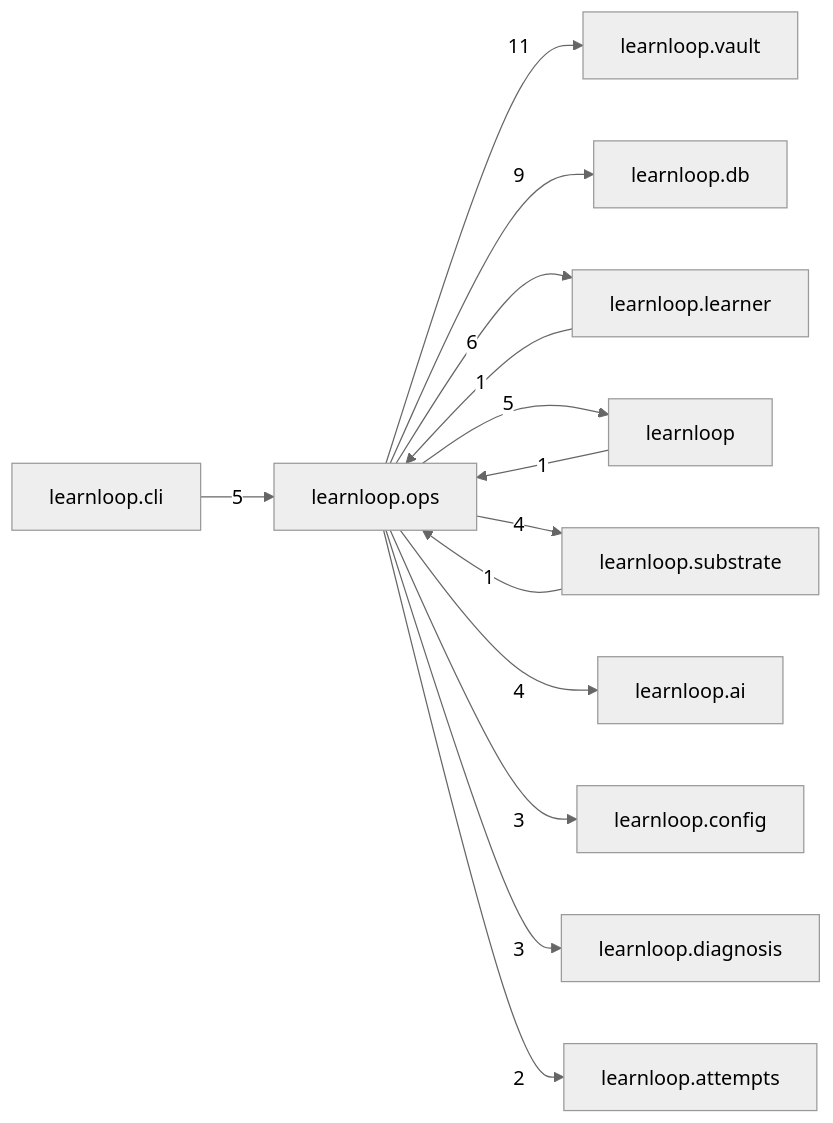
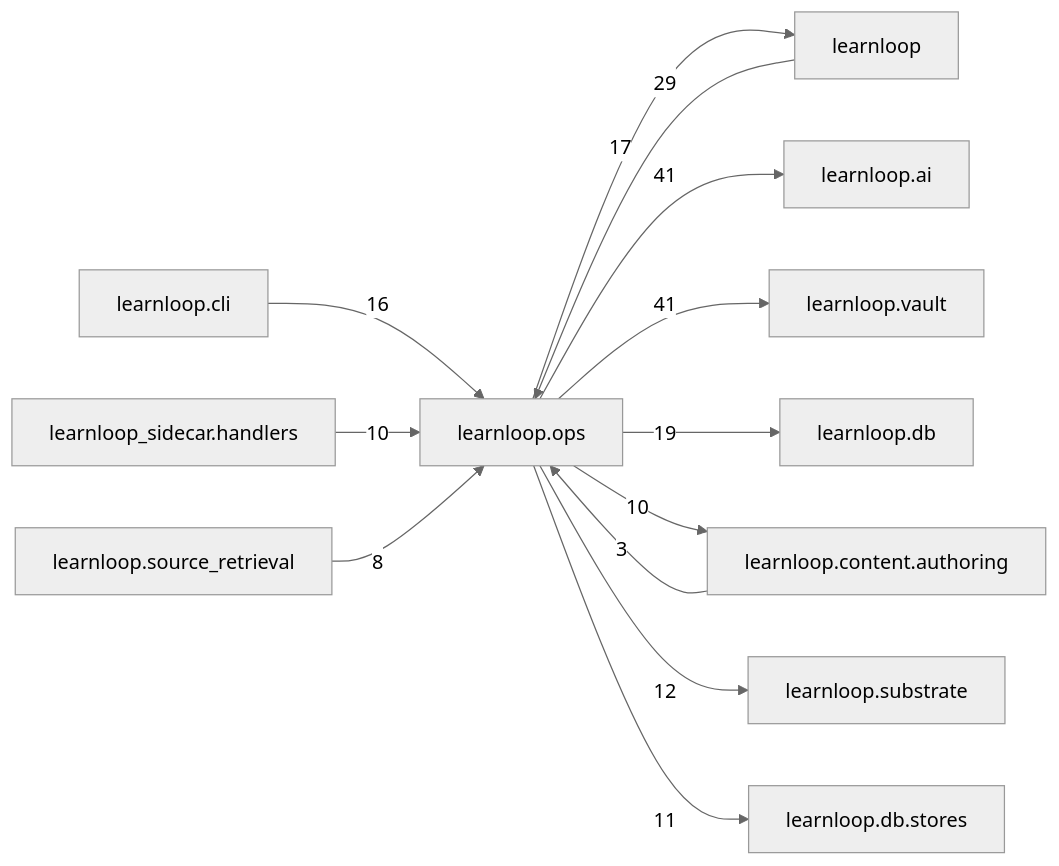
Before and after one commit to 6up-b/learnanything: the diagram in docs/learnloop-architecture-vault/Reference/Modules/learnloop/ops/_package.md, drawn with Mermaid (neutral theme). The commit also changed other lines of this file and 1202 other files, not shown here.

````diff
--- a/docs/learnloop-architecture-vault/Reference/Modules/learnloop/ops/_package.md
+++ b/docs/learnloop-architecture-vault/Reference/Modules/learnloop/ops/_package.md
@@ -103,27 +143,26 @@
 ```mermaid
 flowchart LR
     center["learnloop.ops"]
+    n_learnloop["learnloop"]
+    n_learnloop_ai["learnloop.ai"]
     n_learnloop_vault["learnloop.vault"]
     n_learnloop_db["learnloop.db"]
-    n_learnloop_learner["learnloop.learner"]
-    n_learnloop["learnloop"]
     n_learnloop_cli["learnloop.cli"]
+    n_learnloop_content_authoring["learnloop.content.authoring"]
     n_learnloop_substrate["learnloop.substrate"]
-    n_learnloop_ai["learnloop.ai"]
-    n_learnloop_config["learnloop.config"]
-    n_learnloop_diagnosis["learnloop.diagnosis"]
-    n_learnloop_attempts["learnloop.attempts"]
-    center -->|11| n_learnloop_vault
-    center -->|9| n_learnloop_db
-    n_learnloop_learner -->|1| center
-    center -->|6| n_learnloop_learner
-    n_learnloop -->|1| center
-    center -->|5| n_learnloop
-    n_learnloop_cli -->|5| center
-    n_learnloop_substrate -->|1| center
-    center -->|4| n_learnloop_substrate
-    center -->|4| n_learnloop_ai
-    center -->|3| n_learnloop_config
-    center -->|3| n_learnloop_diagnosis
-    center -->|2| n_learnloop_attempts
+    n_learnloop_db_stores["learnloop.db.stores"]
+    n_learnloop_sidecar_handlers["learnloop_sidecar.handlers"]
+    n_learnloop_source_retrieval["learnloop.source_retrieval"]
+    n_learnloop -->|29| center
+    center -->|17| n_learnloop
+    center -->|41| n_learnloop_ai
+    center -->|41| n_learnloop_vault
+    center -->|19| n_learnloop_db
+    n_learnloop_cli -->|16| center
+    n_learnloop_content_authoring -->|3| center
+    center -->|10| n_learnloop_content_authoring
+    center -->|12| n_learnloop_substrate
+    center -->|11| n_learnloop_db_stores
+    n_learnloop_sidecar_handlers -->|10| center
+    n_learnloop_source_retrieval -->|8| center
 ```
````
